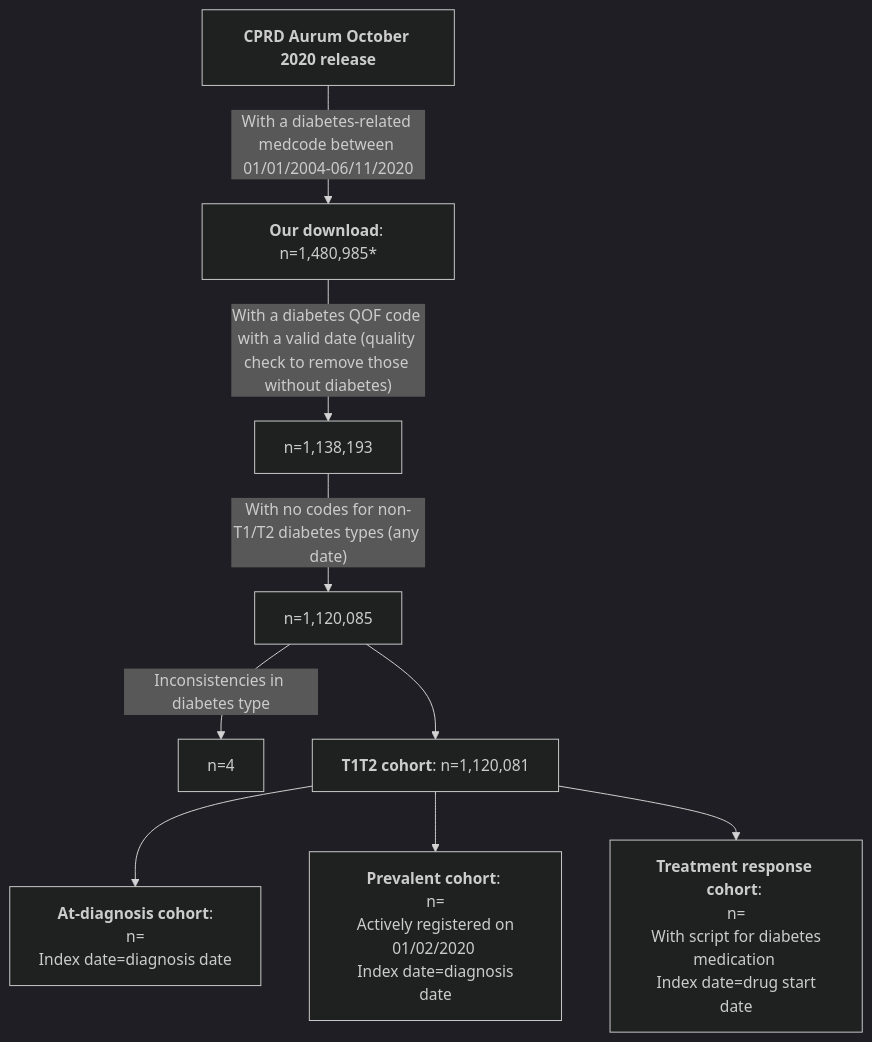
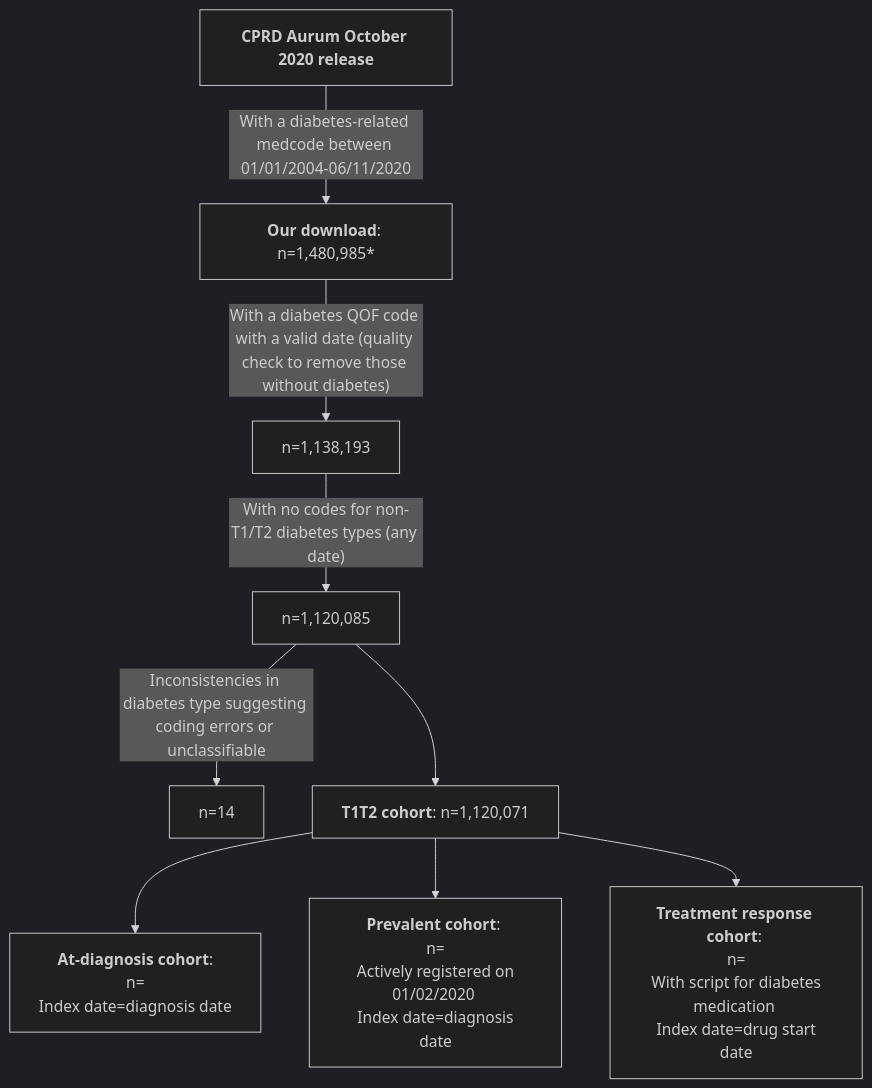
The diagram in README.md (Exeter-Diabetes/CPRD-Cohort-scripts), drawn with Mermaid (dark theme) before and after one commit.

````diff
--- a/README.md
+++ b/README.md
@@ -12,11 +12,11 @@
 ```mermaid
 graph TD;
     A["<b>CPRD Aurum October 2020 release</b>"] --> |"With a diabetes-related medcode between 01/01/2004-06/11/2020"| B["<b>Our download</b>: n=1,480,985*"]
     B -->|"With a diabetes QOF code with a valid date (quality check to remove those without diabetes)"|C["n=1,138,193"]
     C --> |"With no codes for non-T1/T2 diabetes types (any date)"|D["n=1,120,085"]
-    D --> |"Inconsistencies in diabetes type"|E["n=4"]
-    D --> F["<b>T1T2 cohort</b>: n=1,120,081"]
+    D --> |"Inconsistencies in diabetes type suggesting coding errors or unclassifiable"|E["n=14"]
+    D --> F["<b>T1T2 cohort</b>: n=1,120,071"]
     F --> G["<b>At-diagnosis cohort</b>: <br> n= <br> Index date=diagnosis date"]
     F --> H["<b>Prevalent cohort</b>: <br> n= <br> Actively registered on 01/02/2020 <br> Index date=diagnosis date"]
     F --> I["<b>Treatment response cohort</b>: <br> n= <br> With script for diabetes medication <br> Index date=drug start date"]
 ```
````
